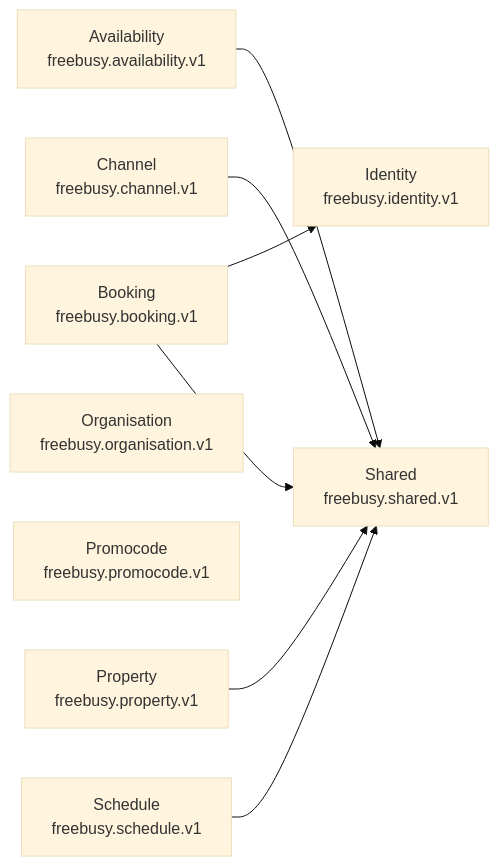
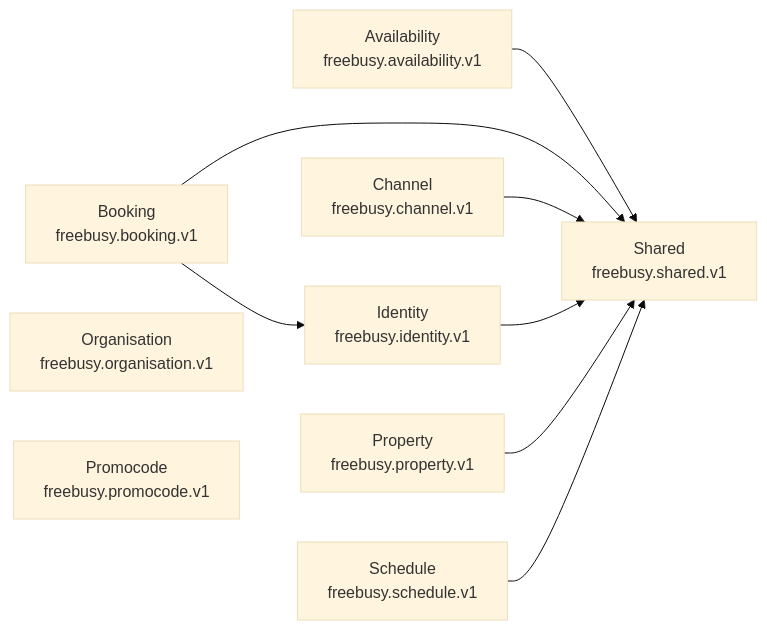
One commit to oh-tarnished/freebusy changed the diagram in protobuf/README.md. Above: the diagram before and after it, drawn with Mermaid (base theme). The commit also changed other lines of this file and 939 other files, not shown here.

````diff
--- a/protobuf/README.md
+++ b/protobuf/README.md
@@ -27,18 +27,19 @@
 ```mermaid
 graph LR
     freebusy_availability_v1["Availability<br/>freebusy.availability.v1"]
     freebusy_booking_v1["Booking<br/>freebusy.booking.v1"]
     freebusy_channel_v1["Channel<br/>freebusy.channel.v1"]
     freebusy_identity_v1["Identity<br/>freebusy.identity.v1"]
     freebusy_organisation_v1["Organisation<br/>freebusy.organisation.v1"]
     freebusy_promocode_v1["Promocode<br/>freebusy.promocode.v1"]
     freebusy_property_v1["Property<br/>freebusy.property.v1"]
     freebusy_schedule_v1["Schedule<br/>freebusy.schedule.v1"]
     freebusy_shared_v1["Shared<br/>freebusy.shared.v1"]
     freebusy_availability_v1 --> freebusy_shared_v1
     freebusy_booking_v1 --> freebusy_identity_v1
     freebusy_booking_v1 --> freebusy_shared_v1
     freebusy_channel_v1 --> freebusy_shared_v1
+    freebusy_identity_v1 --> freebusy_shared_v1
     freebusy_property_v1 --> freebusy_shared_v1
     freebusy_schedule_v1 --> freebusy_shared_v1
 ```
````
